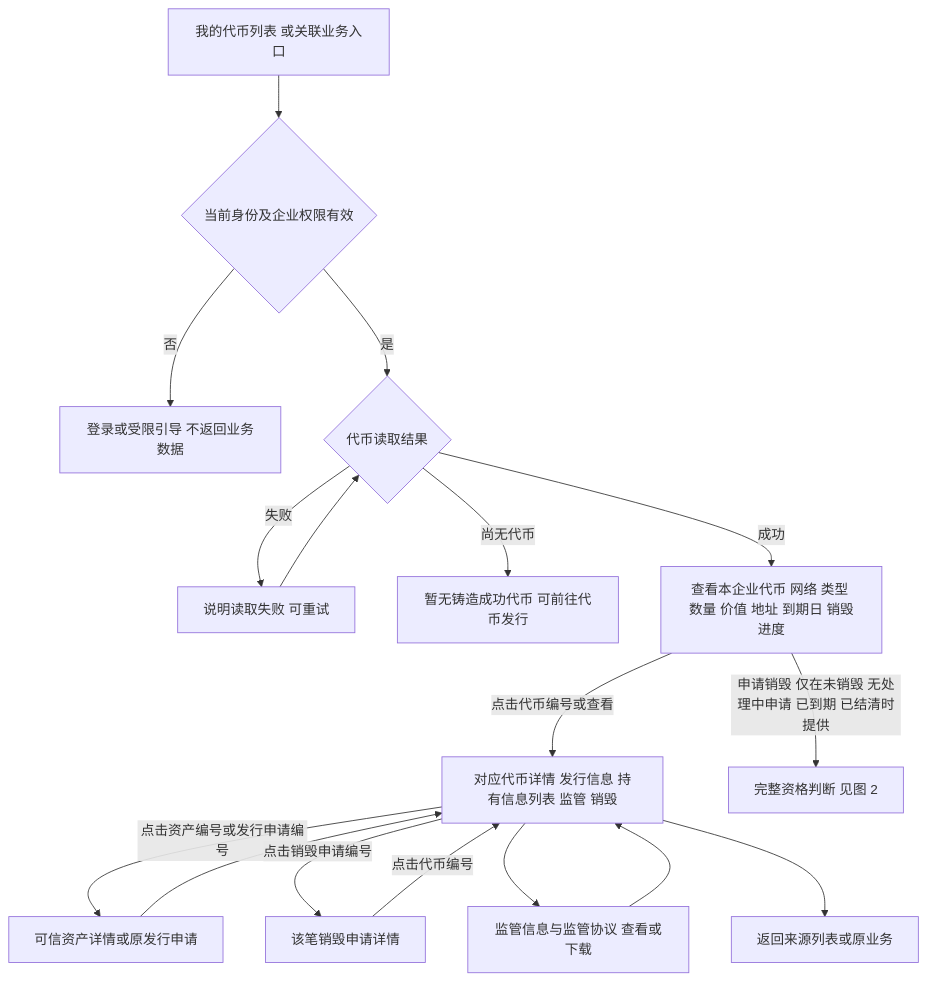
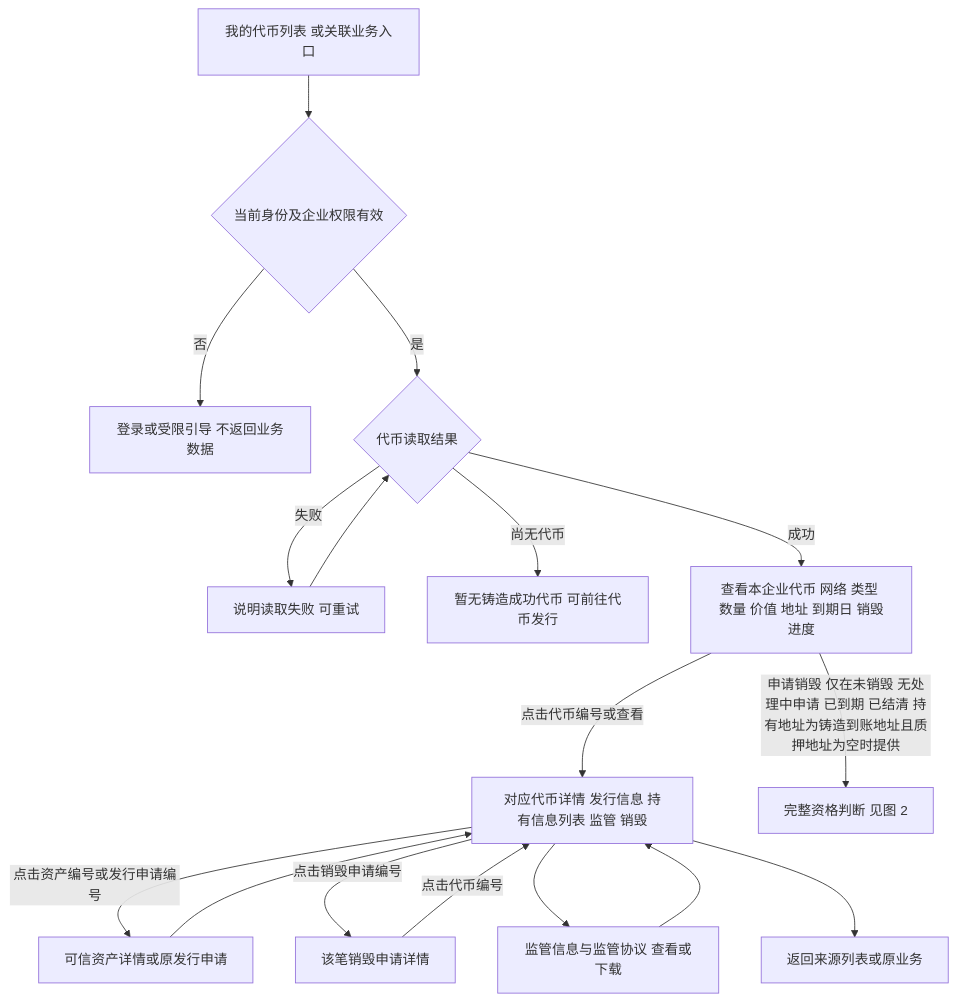
Before and after one commit to wxblockchain/Chain-Financing: the first of 4 diagrams in token-issuance-platform/PRD/面客端/M4a-我的代币与销毁申请/02-我的代币与销毁申请-流程图与状态机.md, drawn with Mermaid. The commit also changed other lines of this file and 32 other files, not shown here.

````diff
--- a/token-issuance-platform/PRD/面客端/M4a-我的代币与销毁申请/02-我的代币与销毁申请-流程图与状态机.md
+++ b/token-issuance-platform/PRD/面客端/M4a-我的代币与销毁申请/02-我的代币与销毁申请-流程图与状态机.md
@@ -17,19 +17,19 @@
 ```mermaid
 flowchart TD
     A[我的代币列表 或关联业务入口] --> B{当前身份及企业权限有效}
     B -->|否| C[登录或受限引导 不返回业务数据]
     B -->|是| D{代币读取结果}
     D -->|失败| E[说明读取失败 可重试]
     E --> D
     D -->|尚无代币| F[暂无铸造成功代币 可前往代币发行]
     D -->|成功| G[查看本企业代币 网络 类型 数量 价值 地址 到期日 销毁进度]
     G -->|点击代币编号或查看| H[对应代币详情 发行信息 持有信息列表 监管 销毁]
-    G -->|申请销毁 仅在未销毁 无处理中申请 已到期 已结清时提供| X[完整资格判断 见图 2]
+    G -->|申请销毁 仅在未销毁 无处理中申请 已到期 已结清 持有地址为铸造到账地址且质押地址为空时提供| X[完整资格判断 见图 2]
     H -->|点击资产编号或发行申请编号| I[可信资产详情或原发行申请]
     I --> H
     H -->|点击销毁申请编号| J[该笔销毁申请详情]
     J -->|点击代币编号| H
     H --> P[监管信息与监管协议 查看或下载]
     P --> H
     H --> K[返回来源列表或原业务]
 ```
````
